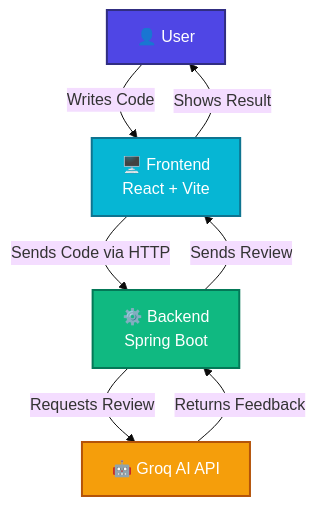
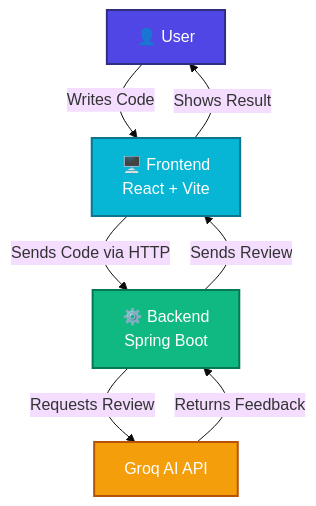
One commit to KaranOps/IntelliReview changed the diagram in README.md. Above: the diagram before and after it, drawn with Mermaid (base theme). The commit also changed other lines of this file and 2 other files, not shown here.

Commit message:
Add Architecture image

````diff
--- a/README.md
+++ b/README.md
@@ -18,14 +18,14 @@
 ```mermaid
 graph TD
     A[👤 User] -->|Writes Code| B[🖥️ Frontend<br/>React + Vite]
     B -->|Sends Code via HTTP| C[⚙️ Backend<br/>Spring Boot]
-    C -->|Requests Review| D[🤖 Groq AI API]
+    C -->|Requests Review| D[Groq AI API]
     D -->|Returns Feedback| C
     C -->|Sends Review| B
     B -->|Shows Result| A
     
     style A fill:#4f46e5,stroke:#312e81,stroke-width:2px,color:#fff
     style B fill:#06b6d4,stroke:#0e7490,stroke-width:2px,color:#fff
     style C fill:#10b981,stroke:#047857,stroke-width:2px,color:#fff
     style D fill:#f59e0b,stroke:#b45309,stroke-width:2px,color:#fff
 ```
````
